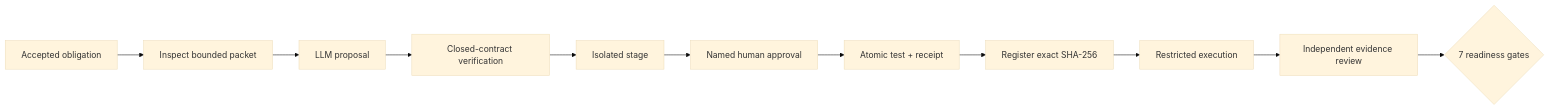
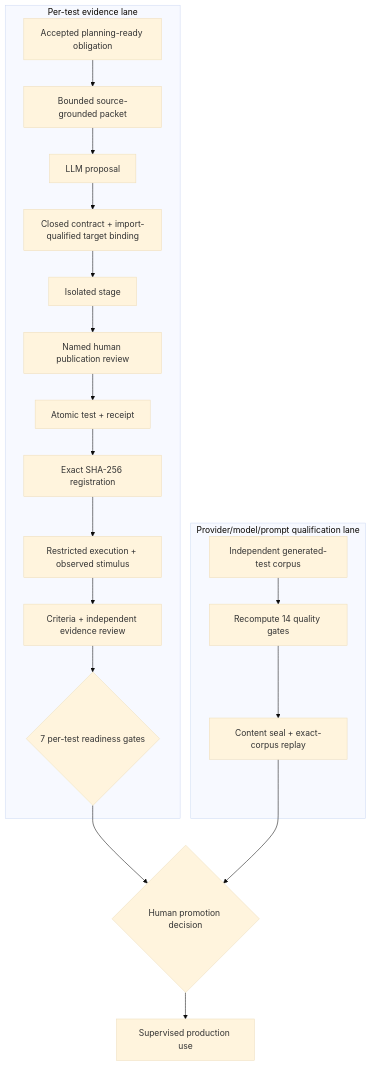
One commit to willtran87/project-py-sfmea changed the third of 4 diagrams in README.md. Above: the diagram before and after it, drawn with Mermaid (base theme). The commit also changed other lines of this file and 11 other files, not shown here.

Commit message:
Refresh generated-test documentation and diagrams

````diff
--- a/README.md
+++ b/README.md
@@ -1727,13 +1728,22 @@
 ```mermaid
-flowchart LR
-  A[Accepted obligation] --> B[Inspect bounded packet]
-  B --> C[LLM proposal]
-  C --> D[Closed-contract verification]
-  D --> E[Isolated stage]
-  E --> F[Named human approval]
-  F --> G[Atomic test + receipt]
-  G --> H[Register exact SHA-256]
-  H --> I[Restricted execution]
-  I --> J[Independent evidence review]
-  J --> K{7 readiness gates}
+flowchart TB
+  subgraph TEST["Per-test evidence lane"]
+    A["Accepted planning-ready obligation"] --> B["Bounded source-grounded packet"]
+    B --> C["LLM proposal"]
+    C --> D["Closed contract + import-qualified target binding"]
+    D --> E["Isolated stage"]
+    E --> F["Named human publication review"]
+    F --> G["Atomic test + receipt"]
+    G --> H["Exact SHA-256 registration"]
+    H --> I["Restricted execution + observed stimulus"]
+    I --> J["Criteria + independent evidence review"]
+    J --> K{"7 per-test readiness gates"}
+  end
+  subgraph MODEL["Provider/model/prompt qualification lane"]
+    Q["Independent generated-test corpus"] --> R["Recompute 14 quality gates"]
+    R --> S["Content seal + exact-corpus replay"]
+  end
+  K --> P{"Human promotion decision"}
+  S --> P
+  P --> U["Supervised production use"]
 ```
````
